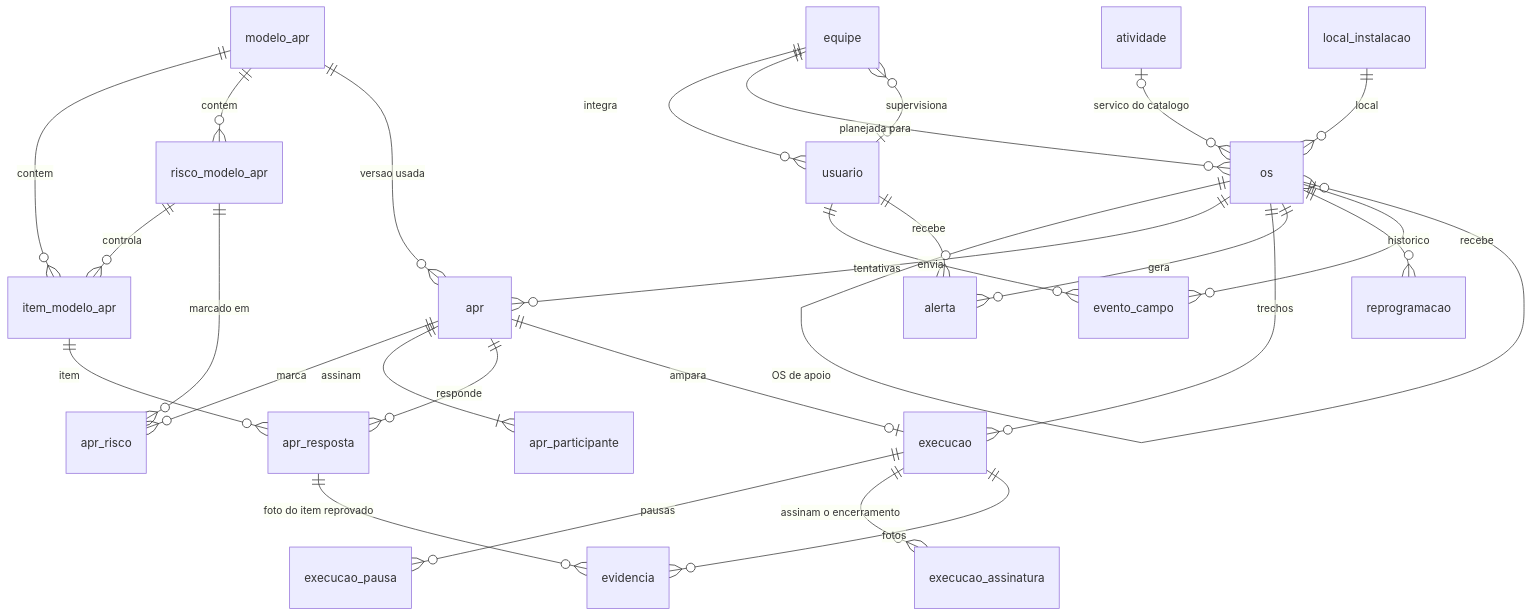
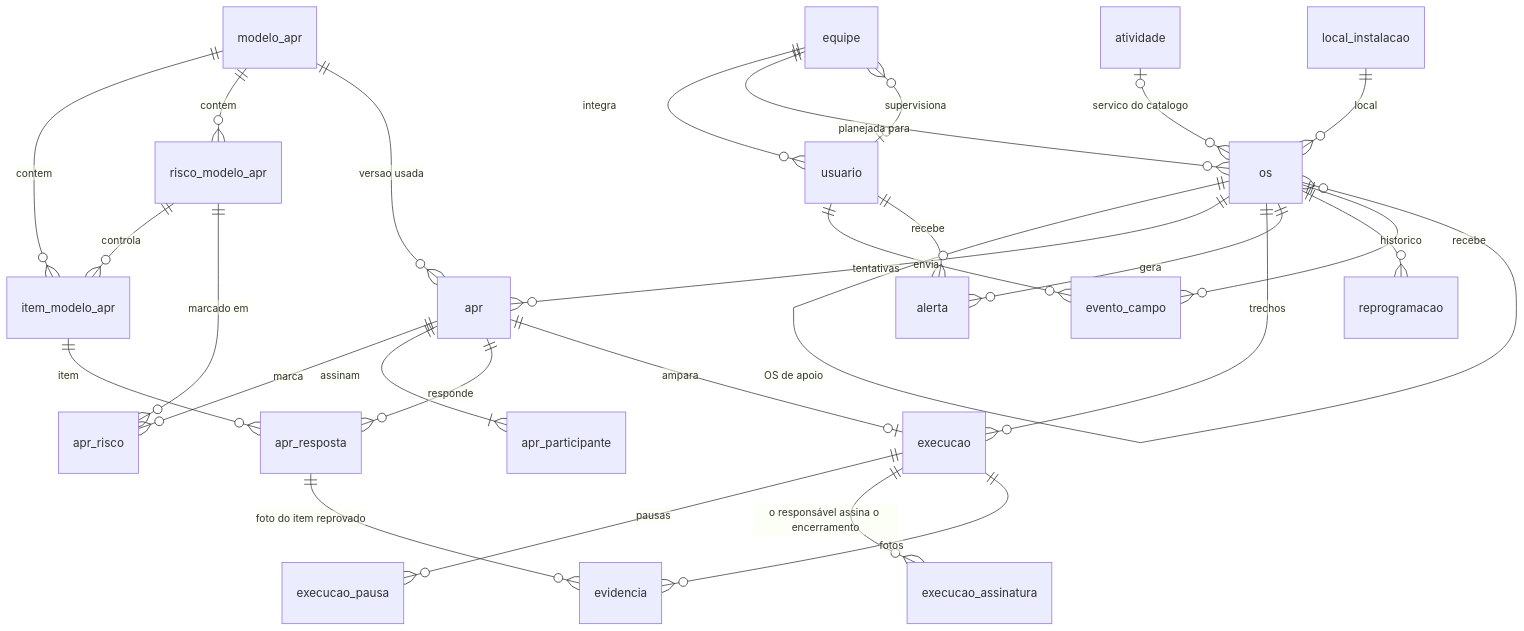
One commit to RenanFelliphe/D.A.P.R.O.M changed the diagram in api/db/README.md. Above: the diagram before and after it, drawn with Mermaid. The commit also changed other lines of this file and 62 other files, not shown here.

````diff
--- a/api/db/README.md
+++ b/api/db/README.md
@@ -86,30 +87,30 @@
 ```mermaid
 erDiagram
   equipe ||--o{ usuario : "integra"
   usuario |o--o{ equipe : "supervisiona"
   equipe ||--o{ os : "planejada para"
   atividade |o--o{ os : "servico do catalogo"
   local_instalacao ||--o{ os : "local"
   os ||--o{ os : "OS de apoio"
   modelo_apr ||--o{ item_modelo_apr : contem
   modelo_apr ||--o{ risco_modelo_apr : contem
   risco_modelo_apr ||--o{ item_modelo_apr : controla
   risco_modelo_apr ||--o{ apr_risco : "marcado em"
   apr ||--o{ apr_risco : marca
   modelo_apr ||--o{ apr : "versao usada"
   os ||--o{ apr : "tentativas"
   apr ||--|{ apr_participante : assinam
   apr ||--o{ apr_resposta : responde
   item_modelo_apr ||--o{ apr_resposta : "item"
   apr ||--o| execucao : ampara
   os ||--o{ execucao : "trechos"
   execucao ||--o{ execucao_pausa : pausas
-  execucao ||--o{ execucao_assinatura : "assinam o encerramento"
+  execucao ||--o{ execucao_assinatura : "o responsável assina o encerramento"
   execucao ||--o{ evidencia : fotos
   apr_resposta ||--o{ evidencia : "foto do item reprovado"
   os ||--o{ alerta : gera
   os ||--o{ reprogramacao : historico
   os ||--o{ evento_campo : recebe
   usuario ||--o{ evento_campo : envia
   usuario ||--o{ alerta : recebe
 ```
````
